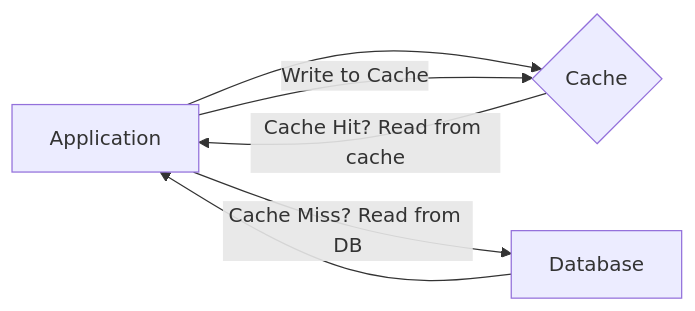
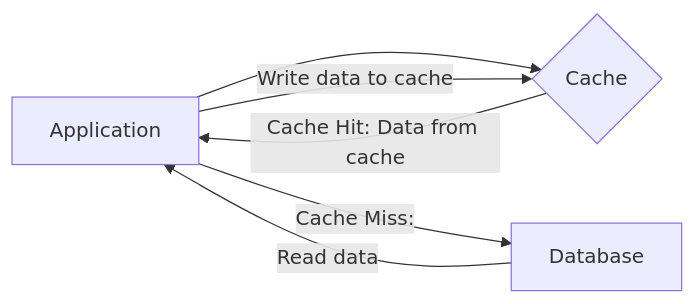
Before and after one commit to alaminedione/leJardinDesNotes: the second of 4 diagrams in content/system-design-concepts/31-strategies-de-mise-en-cache.md, drawn with Mermaid. The commit also changed other lines of this file and 30 other files, not shown here.

````diff
--- a/content/system-design-concepts/31-strategies-de-mise-en-cache.md
+++ b/content/system-design-concepts/31-strategies-de-mise-en-cache.md
@@ -43,8 +95,8 @@
 ```mermaid
 graph LR
     A[Application] --> C{Cache}
-    C -->|Cache Hit? Read from cache| A
-    A -->|Cache Miss? Read from DB| D[Database]
-    D --> A
-    A -->|Write to Cache| C
+    C -->|Cache Hit: Data from cache| A
+    A -->|Cache Miss:| DB[Database]
+    DB -->|Read data| A
+    A -->|Write data to cache| C
 ```
````
